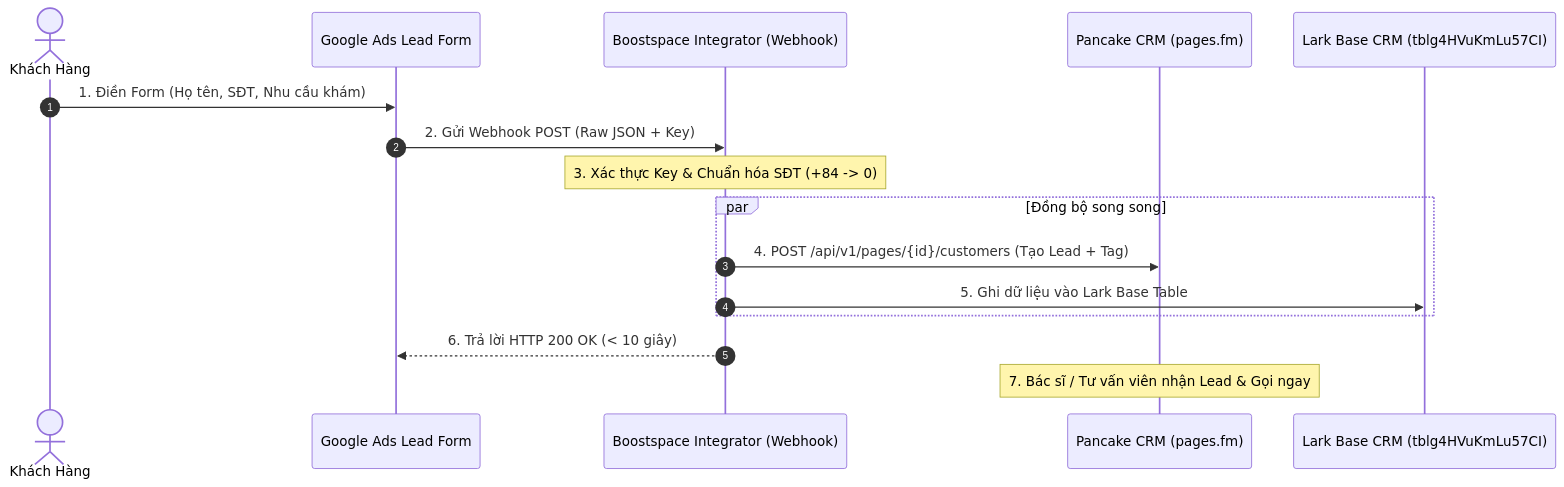
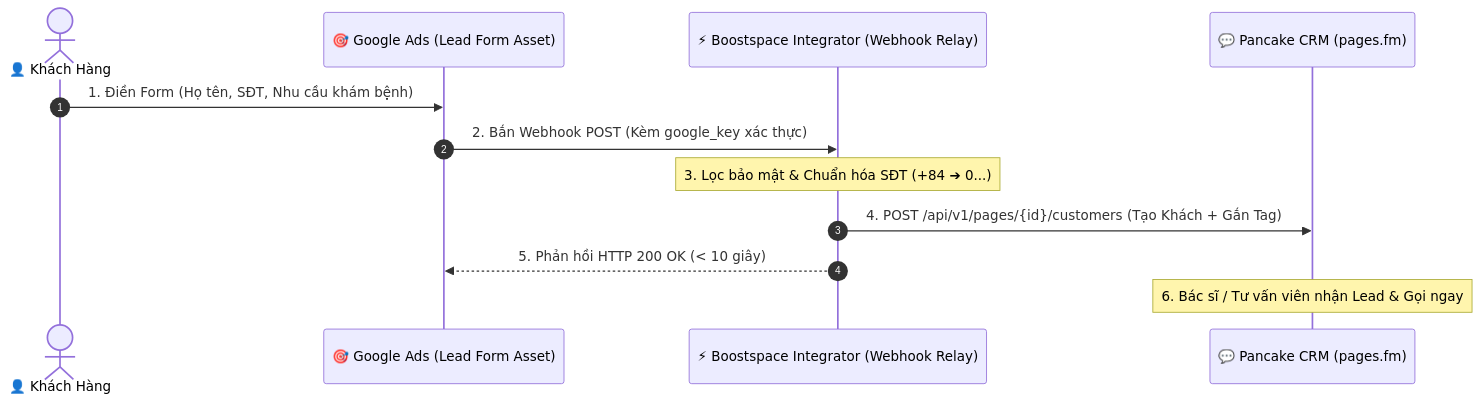
The diagram in content/Brand-Strategy/nerci-google-ads-to-pancake-boostspace-integration.md (dai-duong-1992/nerci-wiki), drawn with Mermaid before and after one commit. The commit also changed other lines of this file, not shown here.

Commit message:
Update NERCI dynamic index, Pancake & ASA reports

````diff
--- a/content/Brand-Strategy/nerci-google-ads-to-pancake-boostspace-integration.md
+++ b/content/Brand-Strategy/nerci-google-ads-to-pancake-boostspace-integration.md
@@ -46,19 +46,15 @@
 ```mermaid
 sequenceDiagram
     autonumber
-    actor User as Khách Hàng
-    participant GAds as Google Ads Lead Form
-    participant Boost as Boostspace Integrator (Webhook)
-    participant Pancake as Pancake CRM (pages.fm)
-    participant Lark as Lark Base CRM (tblg4HVuKmLu57CI)
+    actor Khach as 👤 Khách Hàng
+    participant GAds as 🎯 Google Ads (Lead Form Asset)
+    participant Boost as ⚡ Boostspace Integrator (Webhook Relay)
+    participant Pancake as 💬 Pancake CRM (pages.fm)
 
-    User->>GAds: 1. Điền Form (Họ tên, SĐT, Nhu cầu khám)
-    GAds->>Boost: 2. Gửi Webhook POST (Raw JSON + Key)
-    Note over Boost: 3. Xác thực Key & Chuẩn hóa SĐT (+84 -> 0)
-    par Đồng bộ song song
-        Boost->>Pancake: 4. POST /api/v1/pages/{id}/customers (Tạo Lead + Tag)
-        Boost->>Lark: 5. Ghi dữ liệu vào Lark Base Table
-    end
-    Boost-->>GAds: 6. Trả lời HTTP 200 OK (< 10 giây)
-    Note over Pancake: 7. Bác sĩ / Tư vấn viên nhận Lead & Gọi ngay
+    Khach->>GAds: 1. Điền Form (Họ tên, SĐT, Nhu cầu khám bệnh)
+    GAds->>Boost: 2. Bắn Webhook POST (Kèm google_key xác thực)
+    Note over Boost: 3. Lọc bảo mật & Chuẩn hóa SĐT (+84 ➔ 0...)
+    Boost->>Pancake: 4. POST /api/v1/pages/{id}/customers (Tạo Khách + Gắn Tag)
+    Boost-->>GAds: 5. Phản hồi HTTP 200 OK (< 10 giây)
+    Note over Pancake: 6. Bác sĩ / Tư vấn viên nhận Lead & Gọi ngay
 ```
````
